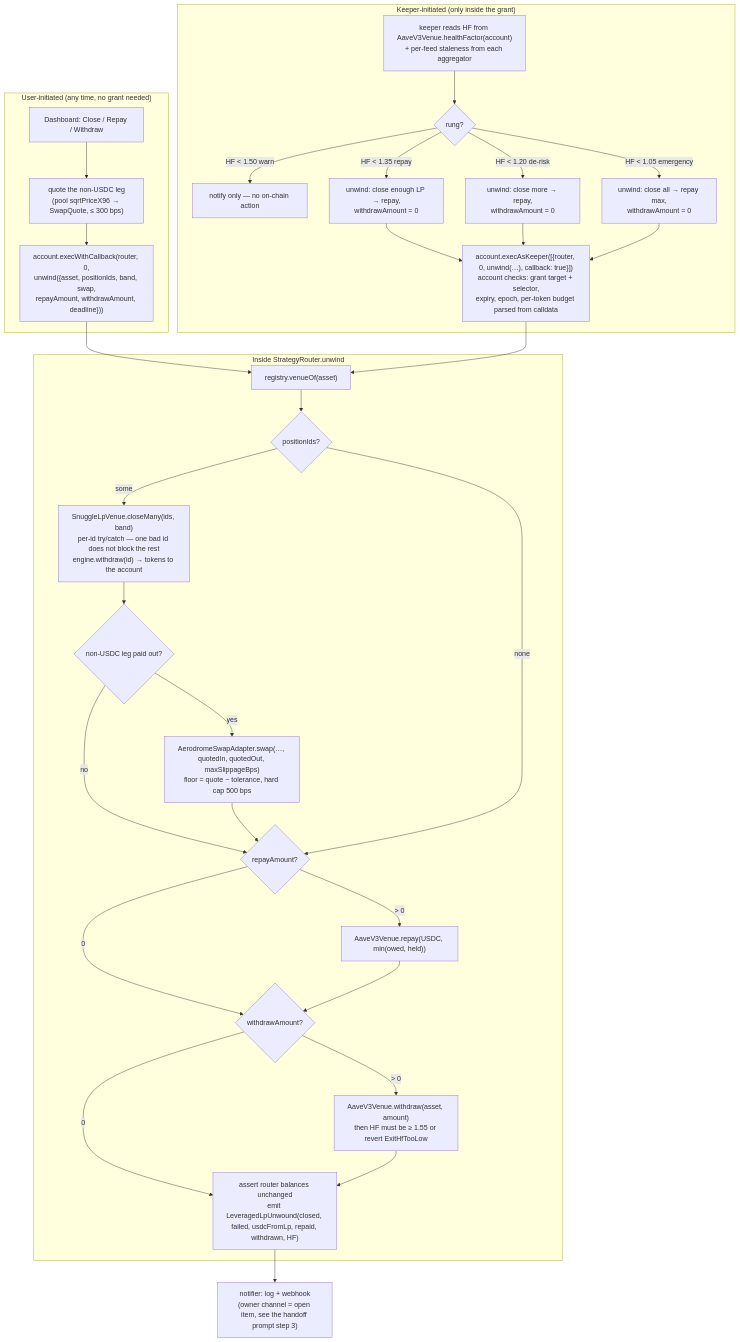
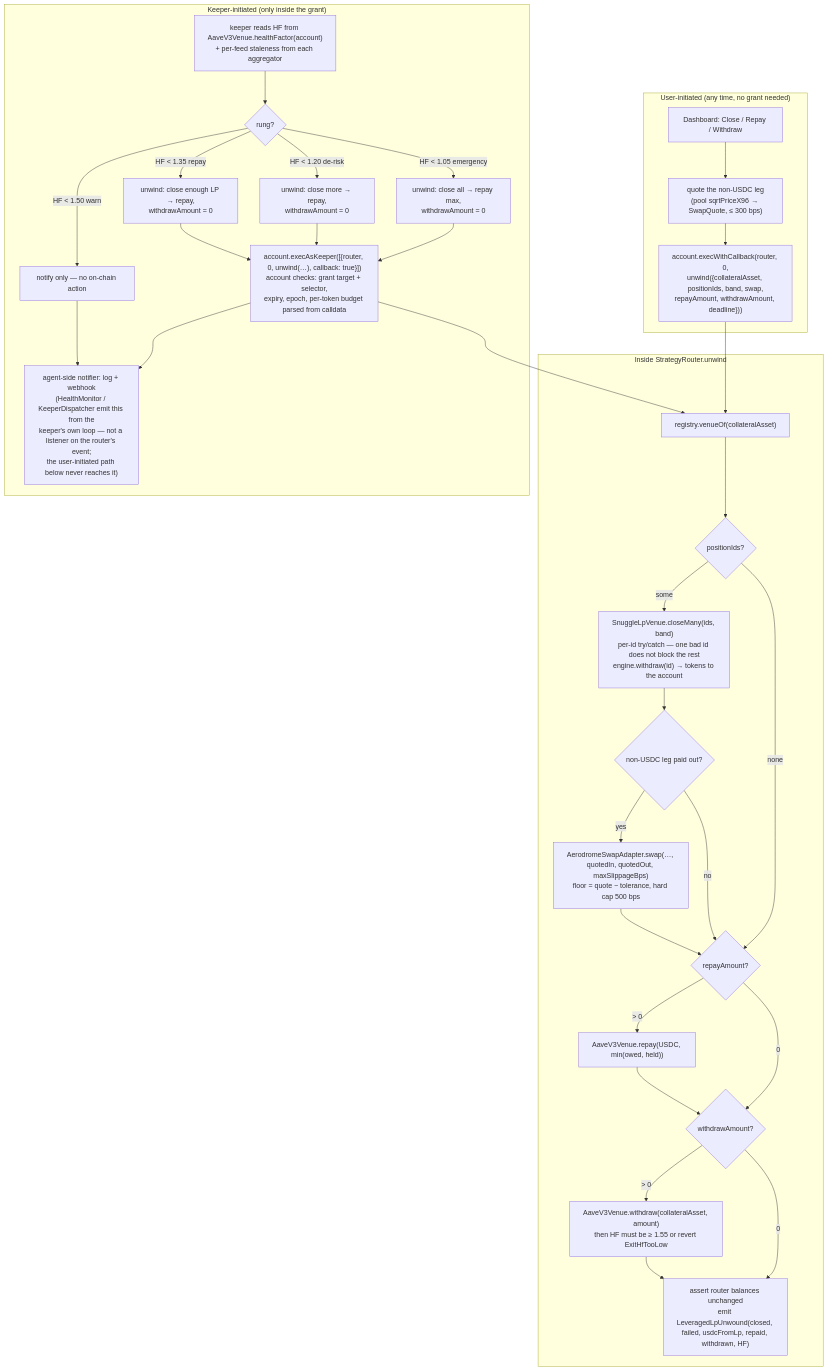
One commit to mbrobert/ZEC-Defi-App changed the third of 3 diagrams in docs/DEPOSIT-FLOW.md. Above: the diagram before and after it, drawn with Mermaid. The commit also changed other lines of this file, not shown here.

````diff
--- a/docs/DEPOSIT-FLOW.md
+++ b/docs/DEPOSIT-FLOW.md
@@ -146,40 +147,40 @@
 ```mermaid
 flowchart TD
     subgraph user ["User-initiated (any time, no grant needed)"]
         U0[Dashboard: Close / Repay / Withdraw] --> U1["quote the non-USDC leg<br/>(pool sqrtPriceX96 → SwapQuote, ≤ 300 bps)"]
-        U1 --> U2["account.execWithCallback(router, 0,<br/>unwind({asset, positionIds, band, swap,<br/>repayAmount, withdrawAmount, deadline}))"]
+        U1 --> U2["account.execWithCallback(router, 0,<br/>unwind({collateralAsset, positionIds, band, swap,<br/>repayAmount, withdrawAmount, deadline}))"]
     end
 
     subgraph keeper ["Keeper-initiated (only inside the grant)"]
         K0["keeper reads HF from AaveV3Venue.healthFactor(account)<br/>+ per-feed staleness from each aggregator"] --> K1{rung?}
         K1 -- "HF &lt; 1.50 warn" --> KW["notify only — no on-chain action"]
         K1 -- "HF &lt; 1.35 repay" --> KR["unwind: close enough LP → repay,<br/>withdrawAmount = 0"]
         K1 -- "HF &lt; 1.20 de-risk" --> KD["unwind: close more → repay,<br/>withdrawAmount = 0"]
         K1 -- "HF &lt; 1.05 emergency" --> KE["unwind: close all → repay max,<br/>withdrawAmount = 0"]
         KR --> K2
         KD --> K2
         KE --> K2
         K2["account.execAsKeeper([{router, 0, unwind(…), callback: true}])<br/>account checks: grant target + selector,<br/>expiry, epoch, per-token budget parsed from calldata"]
+        KW --> N
+        K2 --> N["agent-side notifier: log + webhook<br/>(HealthMonitor / KeeperDispatcher emit this from the<br/>keeper's own loop — not a listener on the router's event;<br/>the user-initiated path below never reaches it)"]
     end
 
     U2 --> X
     K2 --> X
 
     subgraph router ["Inside StrategyRouter.unwind"]
-        X["registry.venueOf(asset)"] --> X1{"positionIds?"}
+        X["registry.venueOf(collateralAsset)"] --> X1{"positionIds?"}
         X1 -- some --> X2["SnuggleLpVenue.closeMany(ids, band)<br/>per-id try/catch — one bad id does not block the rest<br/>engine.withdraw(id) → tokens to the account"]
         X2 --> X3{"non-USDC leg paid out?"}
         X3 -- yes --> X4["AerodromeSwapAdapter.swap(…, quotedIn, quotedOut, maxSlippageBps)<br/>floor = quote − tolerance, hard cap 500 bps"]
         X3 -- no --> X5
         X4 --> X5
         X1 -- none --> X5
         X5{"repayAmount?"} -- "&gt; 0" --> X6["AaveV3Venue.repay(USDC, min(owed, held))"]
         X5 -- 0 --> X7
         X6 --> X7{"withdrawAmount?"}
-        X7 -- "&gt; 0" --> X8["AaveV3Venue.withdraw(asset, amount)<br/>then HF must be ≥ 1.55 or revert ExitHfTooLow"]
+        X7 -- "&gt; 0" --> X8["AaveV3Venue.withdraw(collateralAsset, amount)<br/>then HF must be ≥ 1.55 or revert ExitHfTooLow"]
         X7 -- 0 --> X9
         X8 --> X9["assert router balances unchanged<br/>emit LeveragedLpUnwound(closed, failed, usdcFromLp, repaid, withdrawn, HF)"]
     end
-
-    X9 --> N["notifier: log + webhook<br/>(owner channel = open item, see the handoff prompt step 3)"]
 ```
````
